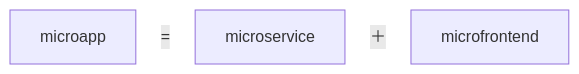
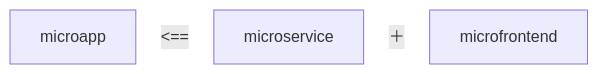
One commit to a6h15hek/a6h15hek changed the first of 2 diagrams in blogs/microapp.md. Above: the diagram before and after it, drawn with Mermaid. The commit also changed other lines of this file, not shown here.

Commit message:
Mermaid diagram aded and blocks of new title and information added

````diff
--- a/blogs/microapp.md
+++ b/blogs/microapp.md
@@ -15,7 +16,7 @@
 ```mermaid
 flowchart LR
     microservice
     microfrontend
     microapp
-    microapp ~~~ |=| microservice ~~~ |＋| microfrontend 
+    microapp ~~~ |<==| microservice ~~~ |＋| microfrontend 
 ```
````
